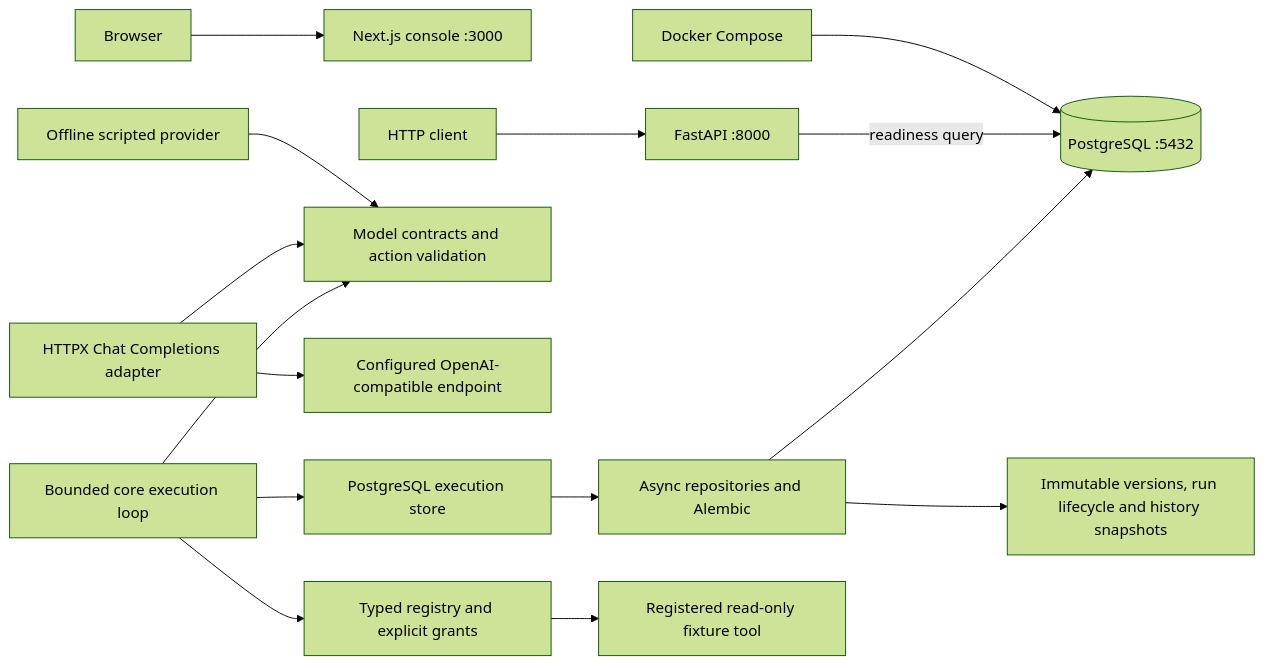
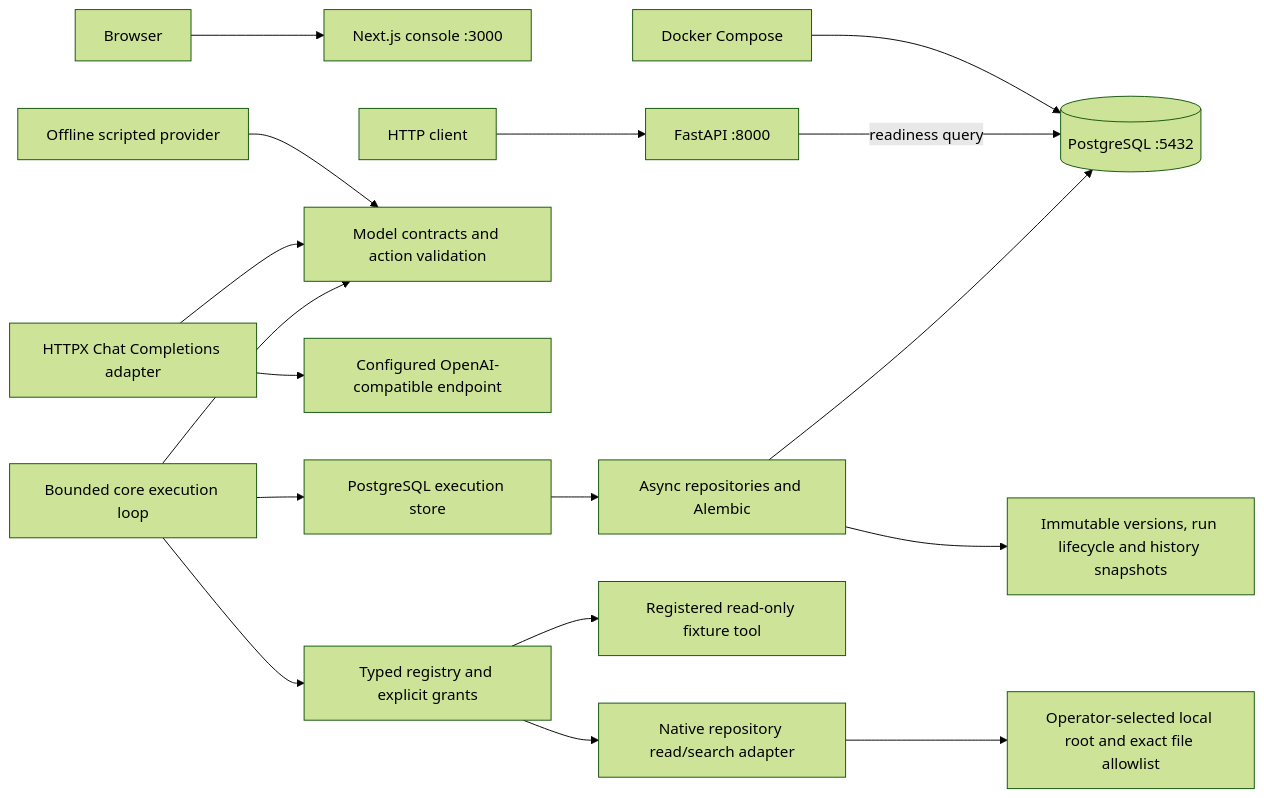
Before and after one commit to TaoM29/runveil: the first of 2 diagrams in ARCHITECTURE.md, drawn with Mermaid (forest theme). The commit also changed other lines of this file, not shown here.

Commit message:
docs: update Runveil architecture for repository tools

````diff
--- a/ARCHITECTURE.md
+++ b/ARCHITECTURE.md
@@ -5,17 +5,19 @@
 ```mermaid
 flowchart LR
     Browser --> Web[Next.js console :3000]
     Client[HTTP client] --> API[FastAPI :8000]
     Compose[Docker Compose] --> PG[(PostgreSQL :5432)]
     API -->|readiness query| PG
     Persistence[Async repositories and Alembic] --> PG
     Persistence --> Domain[Immutable versions, run lifecycle and history snapshots]
     Scripted[Offline scripted provider] --> Contracts[Model contracts and action validation]
     Hosted[HTTPX Chat Completions adapter] --> Contracts
     Hosted --> Endpoint[Configured OpenAI-compatible endpoint]
     Runtime[Bounded core execution loop] --> Contracts
     Runtime --> Store[PostgreSQL execution store]
     Store --> Persistence
     Runtime --> Tools[Typed registry and explicit grants]
     Tools --> Fixture[Registered read-only fixture tool]
+    Tools --> Repository[Native repository read/search adapter]
+    Repository --> Checkout[Operator-selected local root and exact file allowlist]
 ```
````
